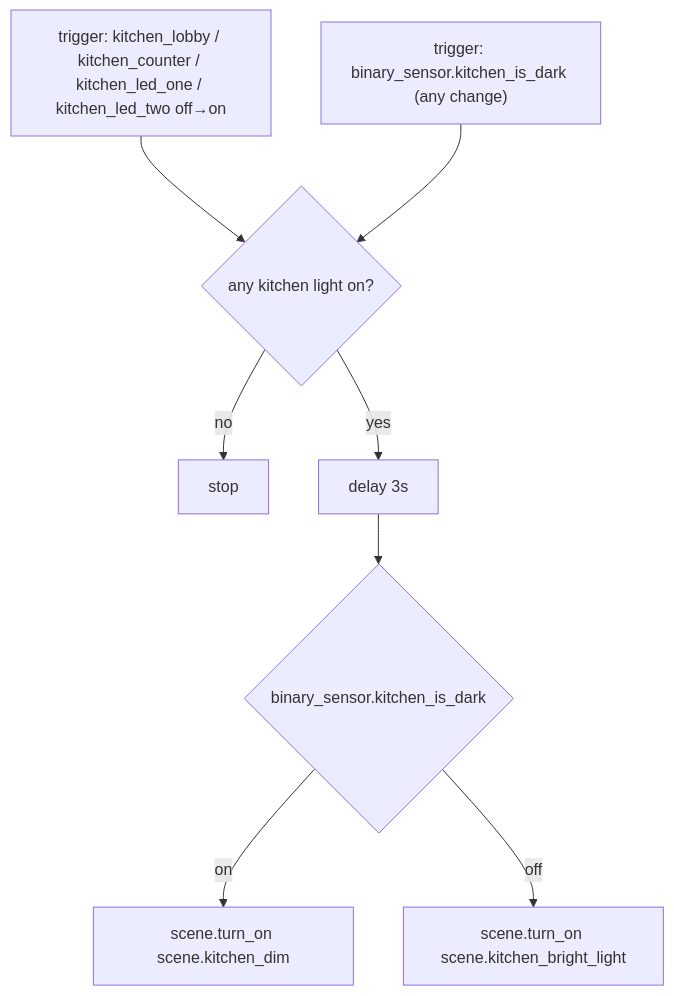
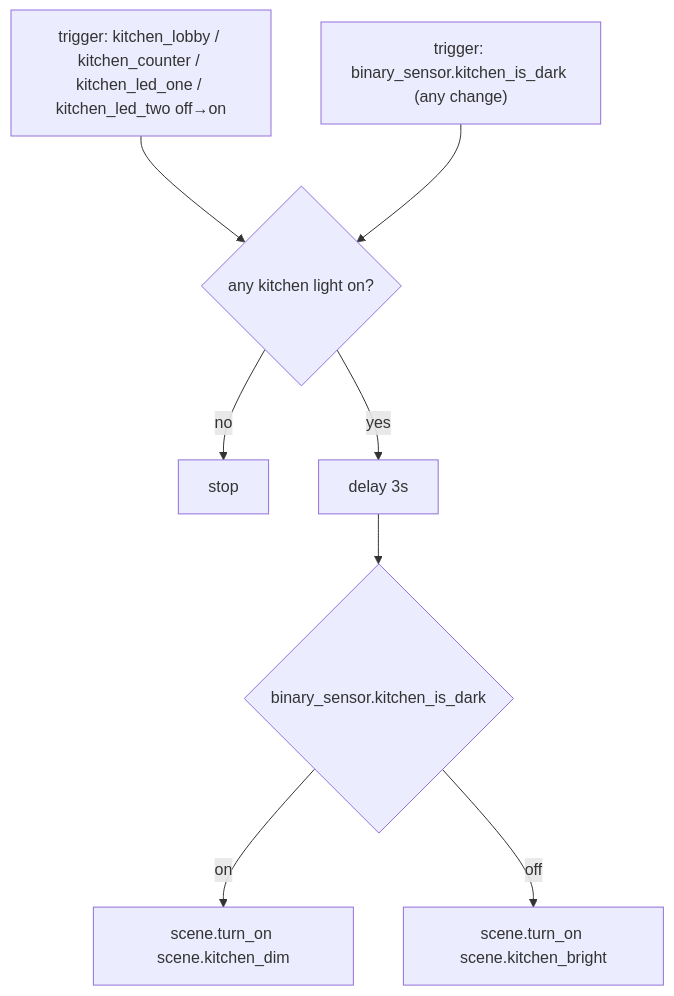
The diagram in docs/automations/kitchen.md (nerami/terminus-config), drawn with Mermaid before and after one commit. The commit also changed other lines of this file and 12 other files, not shown here.

````diff
--- a/docs/automations/kitchen.md
+++ b/docs/automations/kitchen.md
@@ -19,13 +19,13 @@
 ```mermaid
 flowchart TD
     T1["trigger: kitchen_lobby / kitchen_counter / kitchen_led_one / kitchen_led_two off→on"]
     T2["trigger: binary_sensor.kitchen_is_dark (any change)"]
     T1 --> C
     T2 --> C
     C{"any kitchen light on?"}
     C -- no --> X["stop"]
     C -- yes --> D["delay 3s"]
     D --> S{"binary_sensor.kitchen_is_dark"}
     S -- on --> DIM["scene.turn_on scene.kitchen_dim"]
-    S -- off --> DAY["scene.turn_on scene.kitchen_bright_light"]
+    S -- off --> DAY["scene.turn_on scene.kitchen_bright"]
 ```
````
